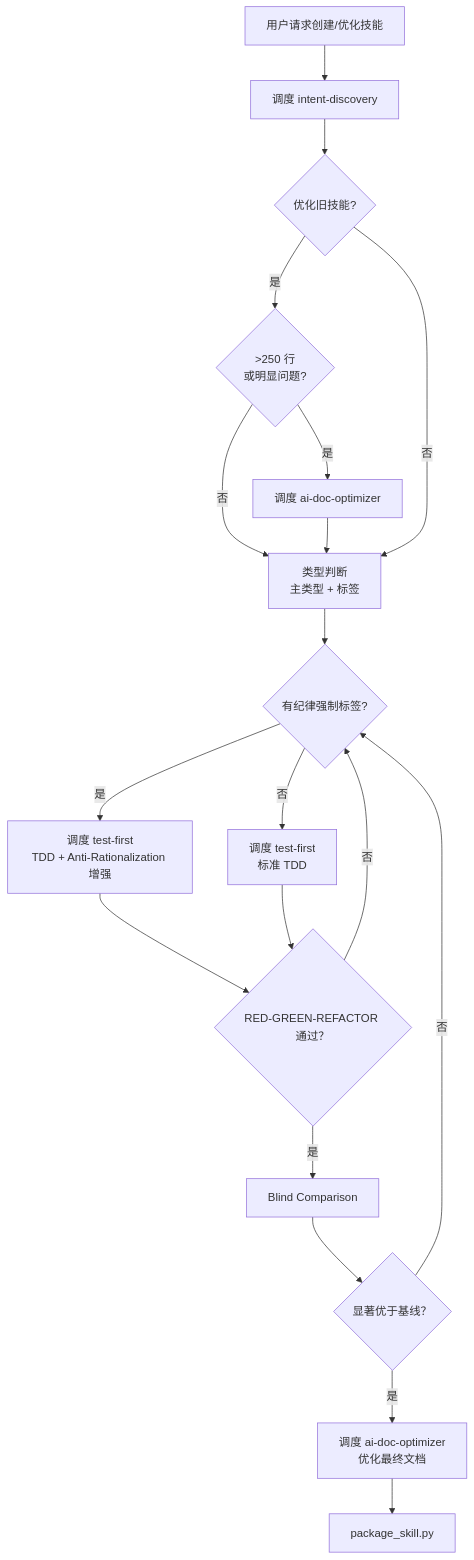
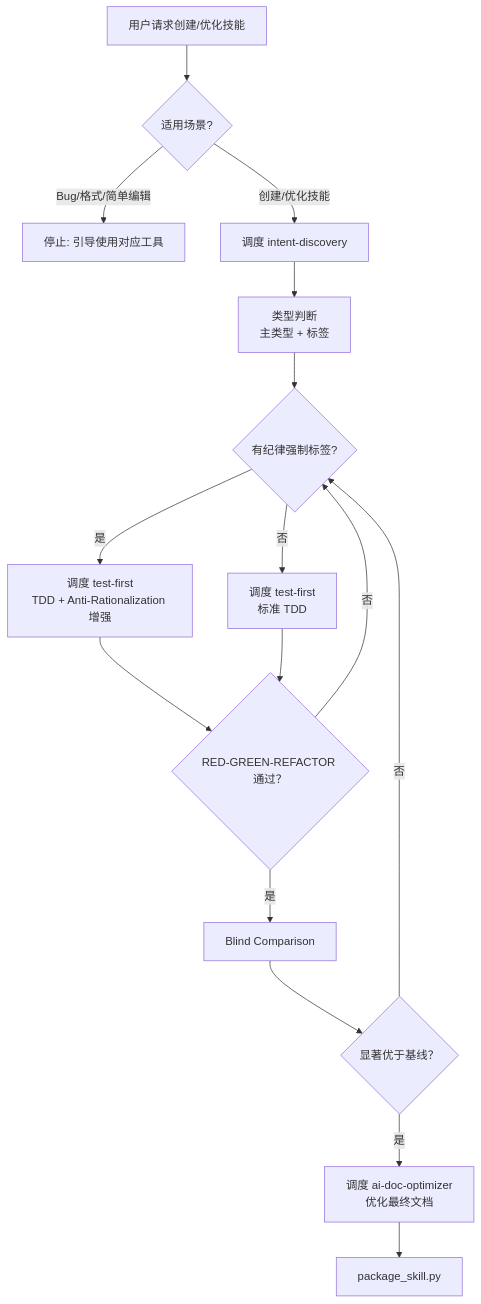
The first of 4 diagrams in skills/meta-skill/SKILL.md (Z-JaDe/meta-skill), drawn with Mermaid before and after one commit. The commit also changed other lines of this file and 5 other files, not shown here.

````diff
--- a/skills/meta-skill/SKILL.md
+++ b/skills/meta-skill/SKILL.md
@@ -52,21 +72,18 @@
 ```mermaid
 flowchart TD
-    Start[用户请求创建/优化技能] --> P1[调度 intent-discovery]
-    P1 --> P1a{优化旧技能?}
-    P1a -->|是| P1b{>250 行<br/>或明显问题?}
-    P1b -->|是| P1c[调度 ai-doc-optimizer]
-    P1b -->|否| P2
-    P1c --> P2[类型判断<br/>主类型 + 标签]
-    P1a -->|否| P2
+    Start[用户请求创建/优化技能] --> CheckScope{适用场景?}
+    CheckScope -->|Bug/格式/简单编辑| Reject[停止: 引导使用对应工具]
+    CheckScope -->|创建/优化技能| P1[调度 intent-discovery]
+    P1 --> P2[类型判断<br/>主类型 + 标签]
     P2 --> P3{有纪律强制标签?}
     P3 -->|是| P3a[调度 test-first<br/>TDD + Anti-Rationalization 增强]
     P3 -->|否| P3b[调度 test-first<br/>标准 TDD]
     P3a --> P4{RED-GREEN-REFACTOR 通过？}
     P3b --> P4
     P4 -->|否 | P3
     P4 -->|是 | P5[Blind Comparison]
     P5 --> P6{显著优于基线？}
     P6 -->|否 | P3
     P6 -->|是 | P7[调度 ai-doc-optimizer<br/>优化最终文档]
     P7 --> P8[package_skill.py]
 ```
````
